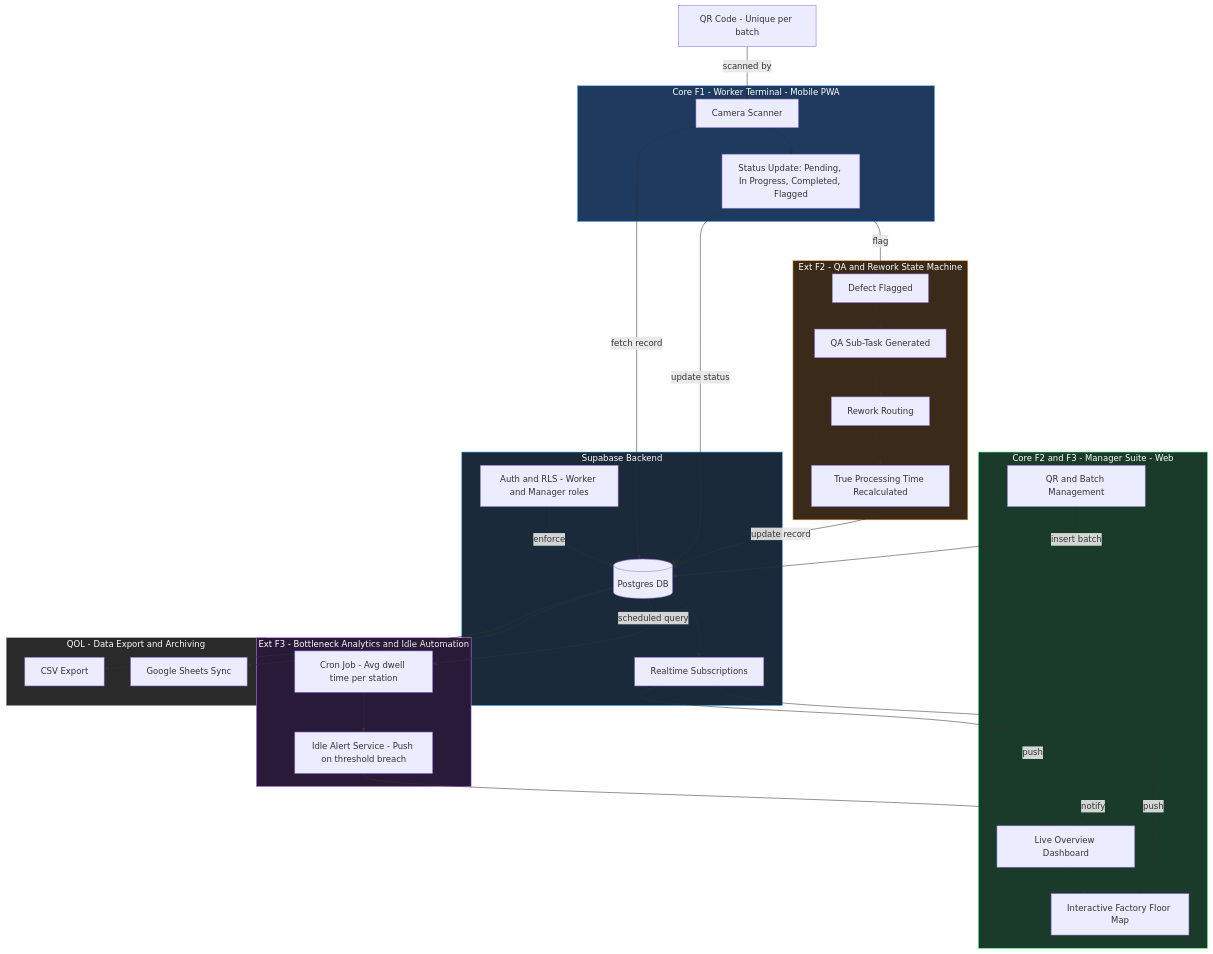
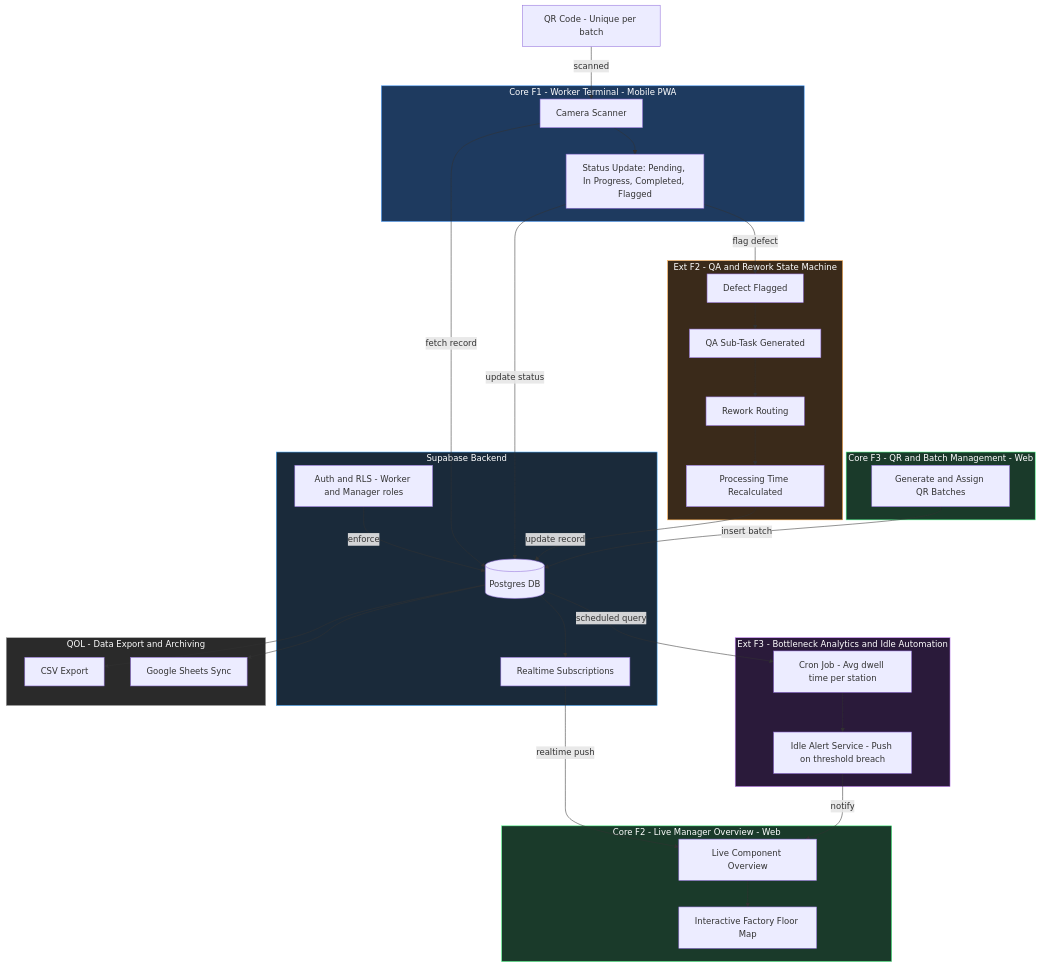
Before and after one commit to cmengu/MengKiaKnight: the diagram in README.md, drawn with Mermaid.

Commit message:
update architecture to mermaid diagram

````diff
--- a/README.md
+++ b/README.md
@@ -48,63 +48,66 @@
 ```mermaid
 flowchart TD
-    QR[QR Code - Unique per batch] -->|scanned by| W_CAM
+    QR[QR Code - Unique per batch] -->|scanned| W_CAM
 
     subgraph Worker ["Core F1 - Worker Terminal - Mobile PWA"]
         W_CAM[Camera Scanner]
         W_TAP[Status Update: Pending, In Progress, Completed, Flagged]
         W_CAM --> W_TAP
     end
 
-    subgraph ManagerSuite ["Core F2 and F3 - Manager Suite - Web"]
-        M_DASH[Live Overview Dashboard]
-        M_MAP[Interactive Factory Floor Map]
-        M_ADMIN[QR and Batch Management]
-        M_DASH --> M_MAP
+    subgraph AdminPanel ["Core F3 - QR and Batch Management - Web"]
+        M_ADMIN[Generate and Assign QR Batches]
+    end
+
+    subgraph Supabase ["Supabase Backend"]
+        SB_AUTH[Auth and RLS - Worker and Manager roles]
+        SB_DB[(Postgres DB)]
+        SB_RT[Realtime Subscriptions]
+        SB_AUTH -->|enforce| SB_DB
+        SB_DB --> SB_RT
     end
 
     subgraph StateMachine ["Ext F2 - QA and Rework State Machine"]
         SM_FLAG[Defect Flagged]
         SM_QA[QA Sub-Task Generated]
         SM_ROUTE[Rework Routing]
-        SM_TIME[True Processing Time Recalculated]
+        SM_TIME[Processing Time Recalculated]
         SM_FLAG --> SM_QA --> SM_ROUTE --> SM_TIME
     end
 
     subgraph Automation ["Ext F3 - Bottleneck Analytics and Idle Automation"]
         A_CRON[Cron Job - Avg dwell time per station]
         A_ALERT[Idle Alert Service - Push on threshold breach]
         A_CRON --> A_ALERT
     end
 
-    subgraph Supabase ["Supabase Backend"]
-        SB_RT[Realtime Subscriptions]
-        SB_DB[(Postgres DB)]
-        SB_AUTH[Auth and RLS - Worker and Manager roles]
-        SB_AUTH -->|enforce| SB_DB
-        SB_DB --> SB_RT
+    subgraph Dashboard ["Core F2 - Live Manager Overview - Web"]
+        M_DASH[Live Component Overview]
+        M_MAP[Interactive Factory Floor Map]
+        M_DASH --> M_MAP
     end
 
     subgraph Export ["QOL - Data Export and Archiving"]
         EX_CSV[CSV Export]
         EX_GS[Google Sheets Sync]
     end
 
     W_CAM -->|fetch record| SB_DB
     W_TAP -->|update status| SB_DB
-    W_TAP -->|flag| SM_FLAG
+    W_TAP -->|flag defect| SM_FLAG
     SM_TIME -->|update record| SB_DB
     M_ADMIN -->|insert batch| SB_DB
-    SB_RT -->|push| M_DASH
-    SB_RT -->|push| M_MAP
     SB_DB -->|scheduled query| A_CRON
-    A_ALERT -->|notify| M_DASH
     SB_DB --> EX_CSV
     SB_DB --> EX_GS
+    SB_RT -->|realtime push| M_DASH
+    A_ALERT -->|notify| M_DASH
 
     style Worker fill:#1e3a5f,color:#fff,stroke:#4a9eff
-    style ManagerSuite fill:#1a3a2a,color:#fff,stroke:#4aff88
+    style AdminPanel fill:#1a3a2a,color:#fff,stroke:#4aff88
+    style Supabase fill:#1a2a3a,color:#fff,stroke:#44aaff
     style StateMachine fill:#3a2a1a,color:#fff,stroke:#ffaa44
     style Automation fill:#2a1a3a,color:#fff,stroke:#cc88ff
-    style Supabase fill:#1a2a3a,color:#fff,stroke:#44aaff
+    style Dashboard fill:#1a3a2a,color:#fff,stroke:#4aff88
     style Export fill:#2a2a2a,color:#fff,stroke:#aaaaaa
 ```
````
